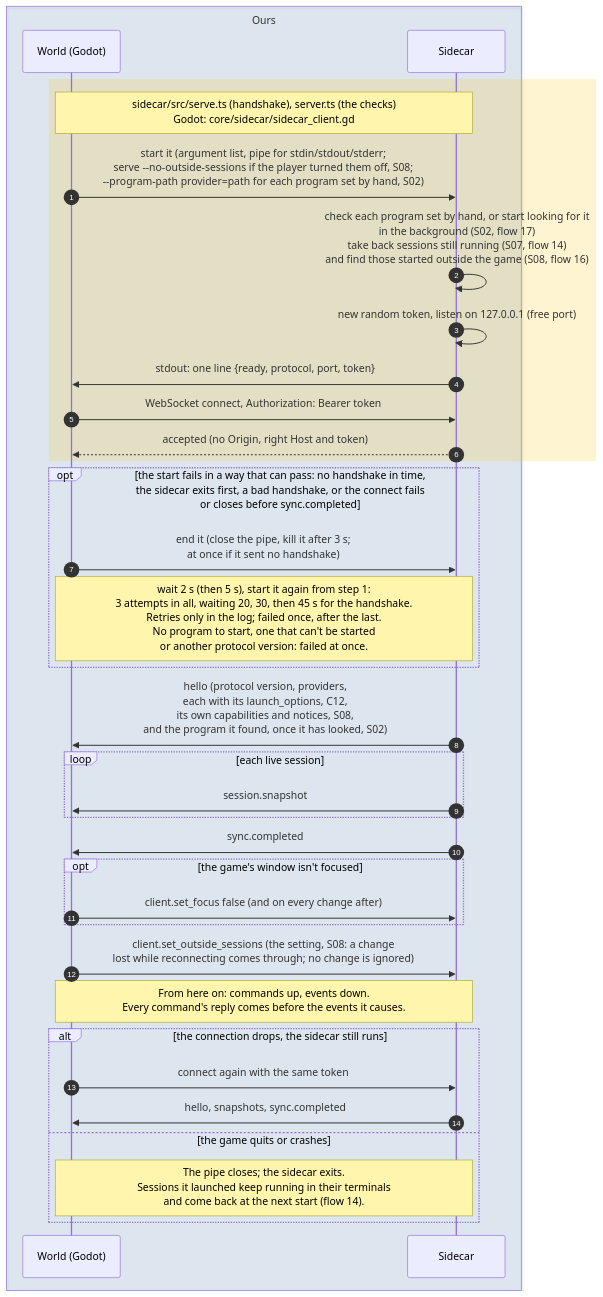
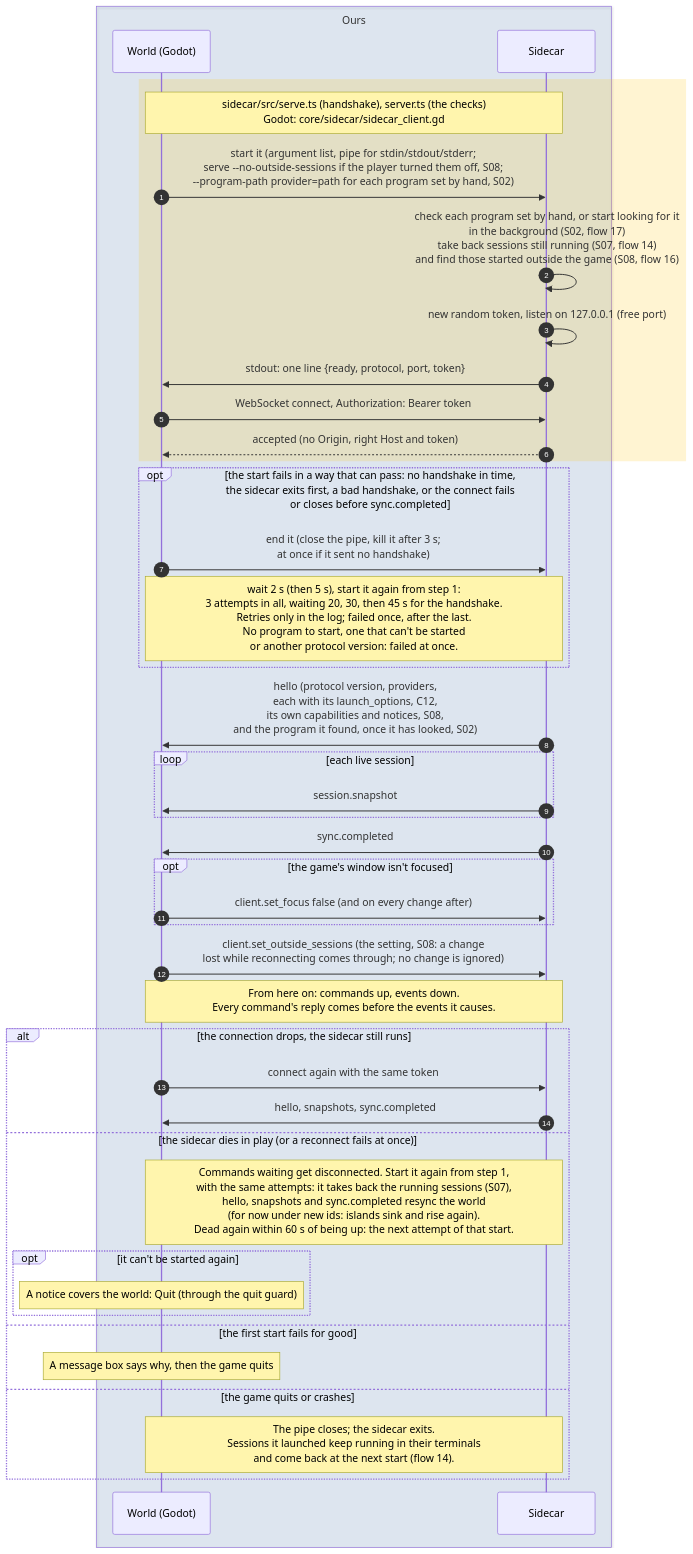
The diagram in docs/diagrams/sequence/00-starting-up.md (PaoloPortugal/The-Beach), drawn with Mermaid before and after one commit. The commit also changed 2 other files, not shown here.

Commit message:
S01 docs (WIP): the restart and the quit notice; ids not yet kept across a restart

````diff
--- a/docs/diagrams/sequence/00-starting-up.md
+++ b/docs/diagrams/sequence/00-starting-up.md
@@ -7,39 +7,46 @@
 ```mermaid
 sequenceDiagram
     autonumber
 
     box rgba(47,111,191,0.12) Ours
         participant World as World (Godot)
         participant Sidecar
     end
 
     rect rgba(255,193,7,0.18)
         Note over World,Sidecar: sidecar/src/serve.ts (handshake), server.ts (the checks)<br/>Godot: core/sidecar/sidecar_client.gd
         World->>Sidecar: start it (argument list, pipe for stdin/stdout/stderr#59;<br/>serve --no-outside-sessions if the player turned them off, S08#59;<br/>--program-path provider=path for each program set by hand, S02)
         Sidecar->>Sidecar: check each program set by hand, or start looking for it<br/>in the background (S02, flow 17)<br/>take back sessions still running (S07, flow 14)<br/>and find those started outside the game (S08, flow 16)
         Sidecar->>Sidecar: new random token, listen on 127.0.0.1 (free port)
         Sidecar->>World: stdout: one line {ready, protocol, port, token}
         World->>Sidecar: WebSocket connect, Authorization: Bearer token
         Sidecar-->>World: accepted (no Origin, right Host and token)
     end
     opt the start fails in a way that can pass: no handshake in time,<br/>the sidecar exits first, a bad handshake, or the connect fails<br/>or closes before sync.completed
         World->>Sidecar: end it (close the pipe, kill it after 3 s#59;<br/>at once if it sent no handshake)
         Note over World,Sidecar: wait 2 s (then 5 s), start it again from step 1:<br/>3 attempts in all, waiting 20, 30, then 45 s for the handshake.<br/>Retries only in the log#59; failed once, after the last.<br/>No program to start, one that can't be started<br/>or another protocol version: failed at once.
     end
     Sidecar->>World: hello (protocol version, providers,<br/>each with its launch_options, C12,<br/>its own capabilities and notices, S08,<br/>and the program it found, once it has looked, S02)
     loop each live session
         Sidecar->>World: session.snapshot
     end
     Sidecar->>World: sync.completed
     opt the game's window isn't focused
         World->>Sidecar: client.set_focus false (and on every change after)
     end
     World->>Sidecar: client.set_outside_sessions (the setting, S08: a change<br/>lost while reconnecting comes through#59; no change is ignored)
     Note over World,Sidecar: From here on: commands up, events down.<br/>Every command's reply comes before the events it causes.
     alt the connection drops, the sidecar still runs
         World->>Sidecar: connect again with the same token
         Sidecar->>World: hello, snapshots, sync.completed
+    else the sidecar dies in play (or a reconnect fails at once)
+        Note over World,Sidecar: Commands waiting get disconnected. Start it again from step 1,<br/>with the same attempts: it takes back the running sessions (S07),<br/>hello, snapshots and sync.completed resync the world<br/>(for now under new ids: islands sink and rise again).<br/>Dead again within 60 s of being up: the next attempt of that start.
+        opt it can't be started again
+            Note over World: A notice covers the world: Quit (through the quit guard)
+        end
+    else the first start fails for good
+        Note over World: A message box says why, then the game quits
     else the game quits or crashes
         Note over World,Sidecar: The pipe closes#59; the sidecar exits.<br/>Sessions it launched keep running in their terminals<br/>and come back at the next start (flow 14).
     end
 ```
````
